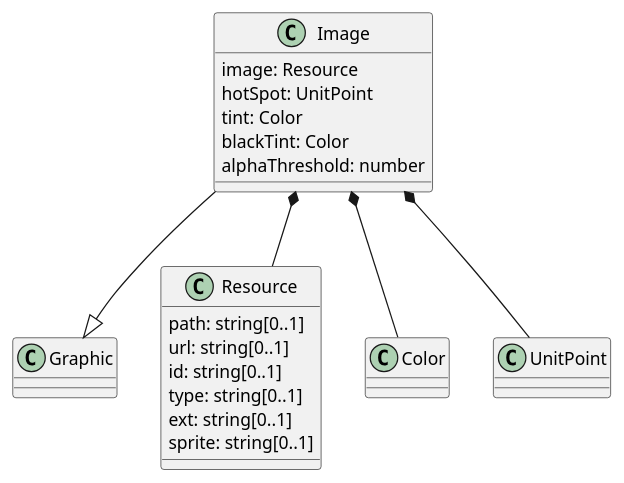
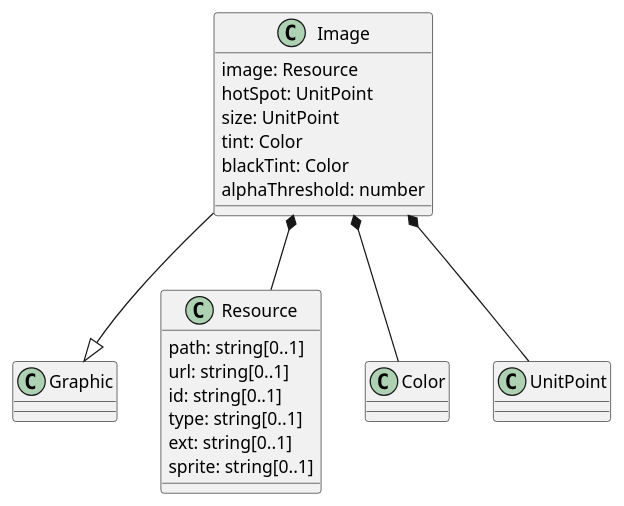
Before and after one commit to opengeospatial/cartographic-symbology: the ninth of 10 diagrams in 1-core/sections/clause_8_vector.adoc, drawn with PlantUML. The commit also changed other lines of this file and 7 other files, not shown here.

First line of the commit message:
Image size: width and height, uom-qualified (#100)

```diff
--- a/1-core/sections/clause_8_vector.adoc
+++ b/1-core/sections/clause_8_vector.adoc
@@ -334,21 +334,22 @@
 [plantuml, target=diagram-classes, format=png]
 ....
 @startuml
 Image --|> Graphic
 Image  : image: Resource
 Image  : hotSpot: UnitPoint
+Image  : size: UnitPoint
 Image  : tint: Color
 Image  : blackTint: Color
 Image  : alphaThreshold: number
 Image *-- Resource
 Image *-- Color
 Image *-- UnitPoint
 
 Resource : path: string[0..1]
 Resource : url: string[0..1]
 Resource : id: string[0..1]
 Resource : type: string[0..1]
 Resource : ext: string[0..1]
 Resource : sprite: string[0..1]
 @enduml
 ....
```
